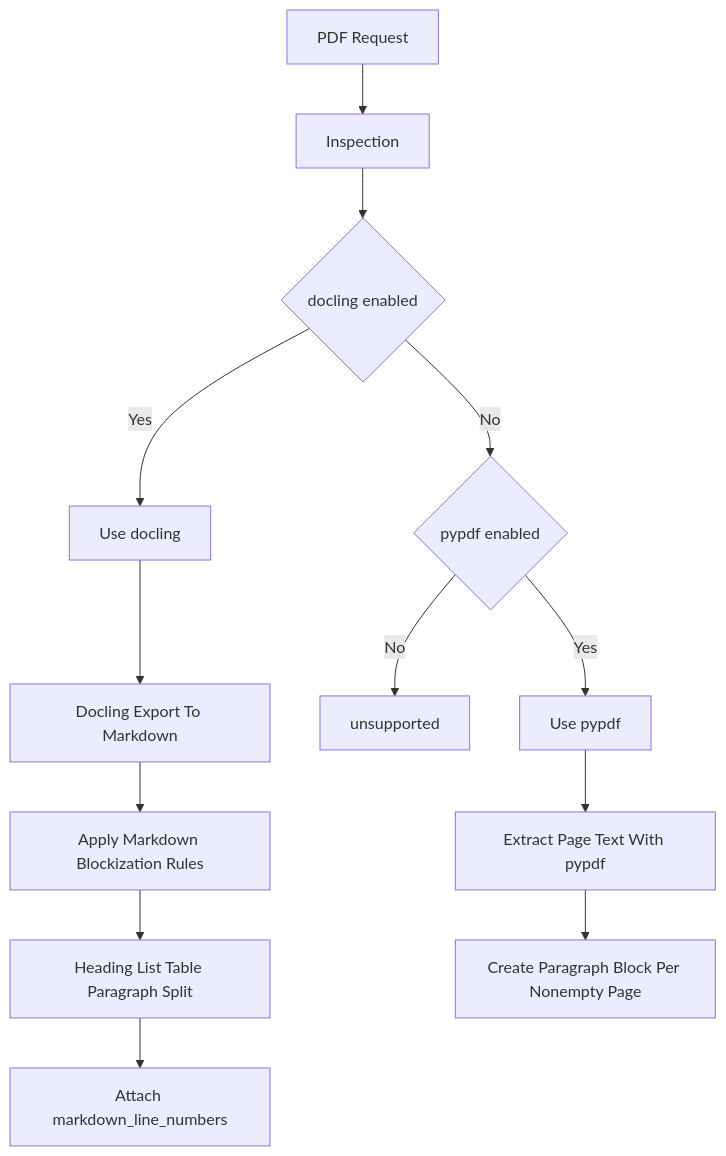
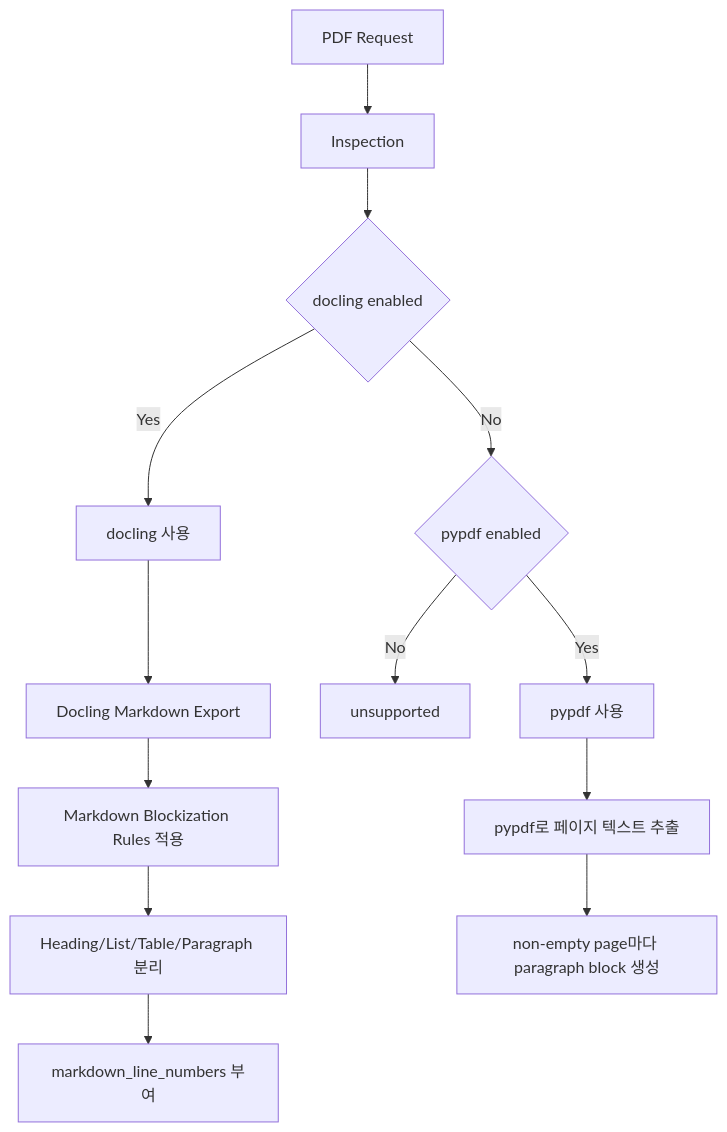
Before and after one commit to CapBarnacle/MarkBridge: the third of 7 diagrams in docs/30-confluence-parsing-guide.md, drawn with Mermaid. The commit also changed other lines of this file and 1 other file, not shown here.

````diff
--- a/docs/30-confluence-parsing-guide.md
+++ b/docs/30-confluence-parsing-guide.md
@@ -179,15 +179,15 @@
 ```mermaid
 flowchart TD
     A[PDF Request] --> B[Inspection]
     B --> C{docling enabled}
-    C -->|Yes| D[Use docling]
+    C -->|Yes| D[docling 사용]
     C -->|No| E{pypdf enabled}
-    E -->|Yes| F[Use pypdf]
+    E -->|Yes| F[pypdf 사용]
     E -->|No| G[unsupported]
-    D --> H[Docling Export To Markdown]
-    H --> I[Apply Markdown Blockization Rules]
-    I --> J[Heading List Table Paragraph Split]
-    J --> K[Attach markdown_line_numbers]
-    F --> L[Extract Page Text With pypdf]
-    L --> M[Create Paragraph Block Per Nonempty Page]
+    D --> H[Docling Markdown Export]
+    H --> I[Markdown Blockization Rules 적용]
+    I --> J[Heading/List/Table/Paragraph 분리]
+    J --> K[markdown_line_numbers 부여]
+    F --> L[pypdf로 페이지 텍스트 추출]
+    L --> M[non-empty page마다 paragraph block 생성]
 ```
````
